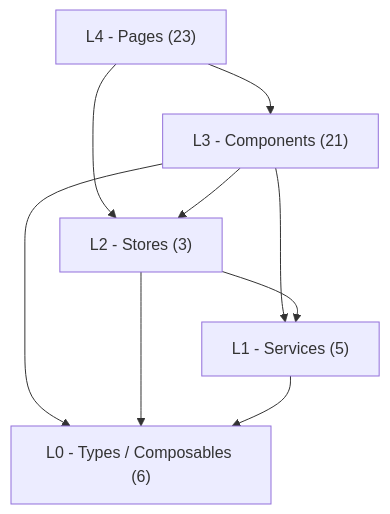
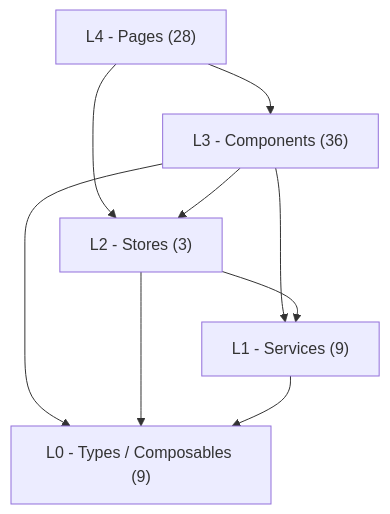
One commit to mambo-wang/CodingHub changed the second of 8 diagrams in docs/ARCHITECTURE.md. Above: the diagram before and after it, drawn with Mermaid. The commit also changed other lines of this file and 94 other files, not shown here.

````diff
--- a/docs/ARCHITECTURE.md
+++ b/docs/ARCHITECTURE.md
@@ -86,16 +86,16 @@
 ```mermaid
 flowchart TD
-    L4["L4 - Pages (23)"]
-    L3["L3 - Components (21)"]
+    L4["L4 - Pages (28)"]
+    L3["L3 - Components (36)"]
     L2["L2 - Stores (3)"]
-    L1["L1 - Services (5)"]
-    L0["L0 - Types / Composables (6)"]
+    L1["L1 - Services (9)"]
+    L0["L0 - Types / Composables (9)"]
     L4 --> L3
     L4 --> L2
     L3 --> L2
     L3 --> L1
     L3 --> L0
     L2 --> L1
     L2 --> L0
     L1 --> L0
 ```
````
